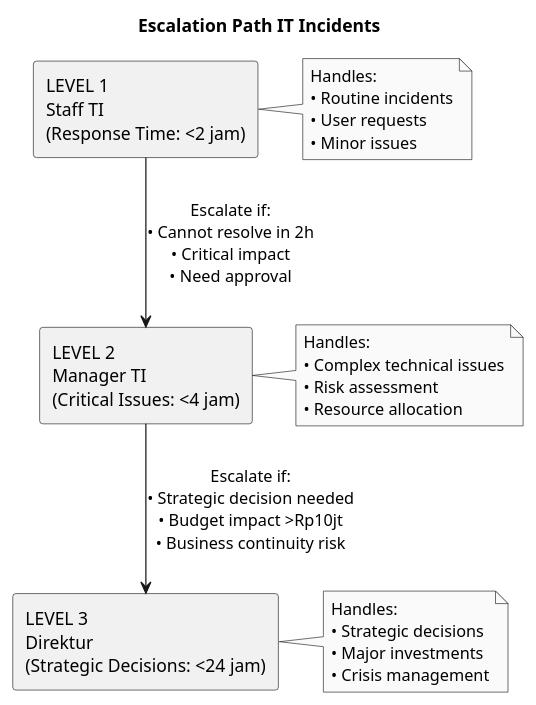
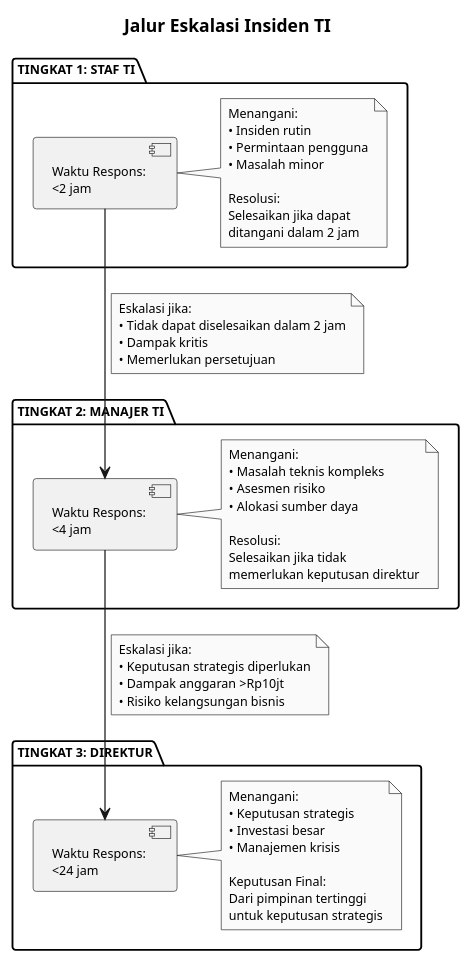
The diagram in tugas-selesai/03_it_governance/tugas_akhir/plantuml/gambar_2b_escalation_path.puml (roqianjas/unm-s7), drawn with PlantUML before and after one commit. The commit also changed 8 other files, not shown here.

First line of the commit message:
docs(it-governance): update final thesis document with translations and diagram refinements

```diff
--- a/tugas-selesai/03_it_governance/tugas_akhir/plantuml/gambar_2b_escalation_path.puml
+++ b/tugas-selesai/03_it_governance/tugas_akhir/plantuml/gambar_2b_escalation_path.puml
@@ -1,37 +1,76 @@
 @startuml Escalation_Path
 skinparam monochrome true
 skinparam backgroundColor #FFFFFF
 skinparam defaultFontName Arial
+skinparam defaultFontSize 10
 skinparam shadowing false
+skinparam rectanglePadding 20
+skinparam rectangleBorderThickness 1
+skinparam ArrowThickness 1
 
-title Escalation Path IT Incidents
+title Jalur Eskalasi Insiden TI
 
-rectangle "LEVEL 1\nStaff TI\n(Response Time: <2 jam)" as L1
-rectangle "LEVEL 2\nManager TI\n(Critical Issues: <4 jam)" as L2
-rectangle "LEVEL 3\nDirektur\n(Strategic Decisions: <24 jam)" as L3
+package "TINGKAT 1: STAF TI" {
+    component "Waktu Respons:\n<2 jam" as T1
+    
+    note right of T1
+        Menangani:
+        • Insiden rutin
+        • Permintaan pengguna
+        • Masalah minor
+        
+        Resolusi:
+        Selesaikan jika dapat
+        ditangani dalam 2 jam
+    end note
+}
 
-L1 -down-> L2 : Escalate if:\n• Cannot resolve in 2h\n• Critical impact\n• Need approval
-L2 -down-> L3 : Escalate if:\n• Strategic decision needed\n• Budget impact >Rp10jt\n• Business continuity risk
+package "TINGKAT 2: MANAJER TI" {
+    component "Waktu Respons:\n<4 jam" as T2
+    
+    note right of T2
+        Menangani:
+        • Masalah teknis kompleks
+        • Asesmen risiko
+        • Alokasi sumber daya
+        
+        Resolusi:
+        Selesaikan jika tidak
+        memerlukan keputusan direktur
+    end note
+}
 
-note right of L1
-    Handles:
-    • Routine incidents
-    • User requests
-    • Minor issues
+package "TINGKAT 3: DIREKTUR" {
+    component "Waktu Respons:\n<24 jam" as T3
+    
+    note right of T3
+        Menangani:
+        • Keputusan strategis
+        • Investasi besar
+        • Manajemen krisis
+        
+        Keputusan Final:
+        Dari pimpinan tertinggi
+        untuk keputusan strategis
+    end note
+}
+
+T1 -down-> T2
+
+note on link
+    Eskalasi jika:
+    • Tidak dapat diselesaikan dalam 2 jam
+    • Dampak kritis
+    • Memerlukan persetujuan
 end note
 
-note right of L2
-    Handles:
-    • Complex technical issues
-    • Risk assessment
-    • Resource allocation
-end note
+T2 -down-> T3
 
-note right of L3
-    Handles:
-    • Strategic decisions
-    • Major investments
-    • Crisis management
+note on link
+    Eskalasi jika:
+    • Keputusan strategis diperlukan
+    • Dampak anggaran >Rp10jt
+    • Risiko kelangsungan bisnis
 end note
 
 @enduml
```
